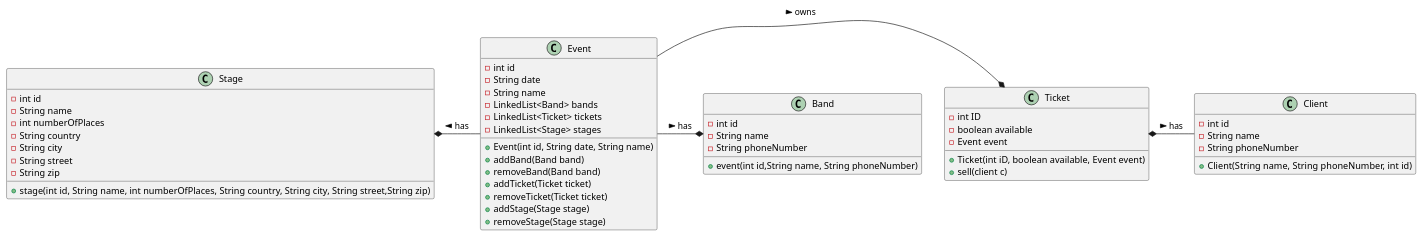
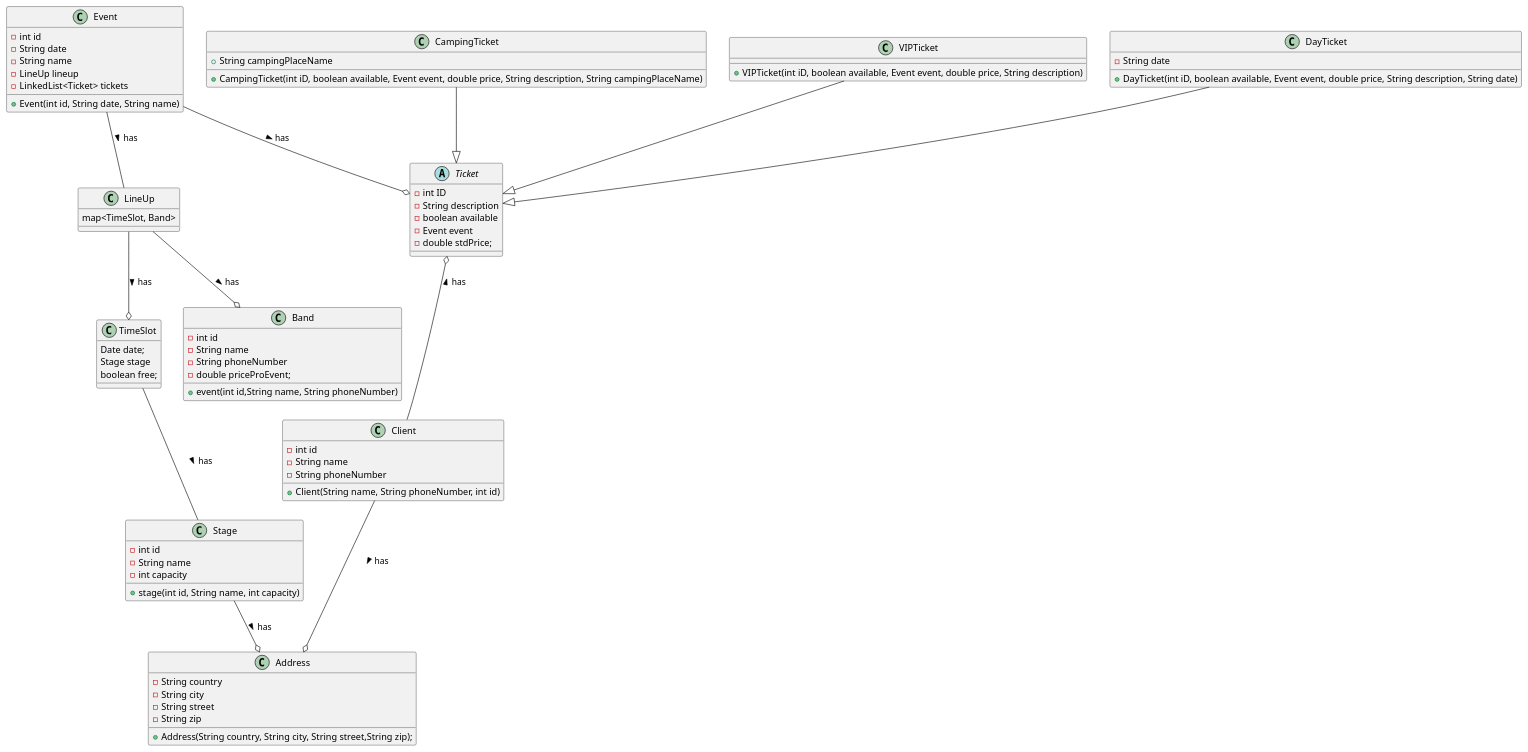
Before and after one commit to fh-erfurt/bord-festival: the diagram in classDiagram.iuml, drawn with PlantUML. The commit also changed 8 other files, not shown here.

Commit message:
" classDiagram.iuml changed"

```diff
--- a/classDiagram.iuml
+++ b/classDiagram.iuml
@@ -1,52 +1,77 @@
 @startuml
-Event -* Ticket : > owns
-Event -* Band : > has
-Stage *- Event : < has
-Ticket *- Client : > has
+Event --o Ticket : > has
+Event -- LineUp : > has
+Ticket o-- Client : < has
+CampingTicket --|> Ticket
+VIPTicket --|> Ticket
+DayTicket --|> Ticket
+Stage --o Address : > has
+Client --o Address : > has
+TimeSlot -- Stage : > has
+LineUp --o TimeSlot : > has
+LineUp --o Band : > has
+
 
 class Client{
 -int id
 -String name
 -String phoneNumber
 +Client(String name, String phoneNumber, int id)
 }
-class Ticket{
+abstract class Ticket{
 -int ID
+-String description
 -boolean available
 -Event event
-+Ticket(int iD, boolean available, Event event)
-+sell(client c)
+-double stdPrice;
 }
 
 class Event{
 -int id
 -String date
 -String name
--LinkedList<Band> bands
+-LineUp lineup
 -LinkedList<Ticket> tickets
--LinkedList<Stage> stages
 +Event(int id, String date, String name)
-+addBand(Band band)
-+removeBand(Band band)
-+addTicket(Ticket ticket)
-+removeTicket(Ticket ticket)
-+addStage(Stage stage)
-+removeStage(Stage stage)
+
 }
 class Band{
 -int id
 -String name
 -String phoneNumber
+-double priceProEvent;
 +event(int id,String name, String phoneNumber)
 }
 class Stage{
 -int id
 -String name
--int numberOfPlaces
+-int capacity
++stage(int id, String name, int capacity)
+}
+class Address{
 -String country
 -String city
 -String street
 -String zip
-+stage(int id, String name, int numberOfPlaces, String country, String city, String street,String zip)
++Address(String country, String city, String street,String zip);
+}
+class DayTicket{
+-String date
++DayTicket(int iD, boolean available, Event event, double price, String description, String date)
+}
+class CampingTicket{
++String campingPlaceName
++CampingTicket(int iD, boolean available, Event event, double price, String description, String campingPlaceName)
+}
+class VIPTicket{
++VIPTicket(int iD, boolean available, Event event, double price, String description)
+}
+class LineUp{
+map<TimeSlot, Band>
+}
+class TimeSlot{
+Date date;
+Stage stage
+boolean free;
 }
 @enduml
```
